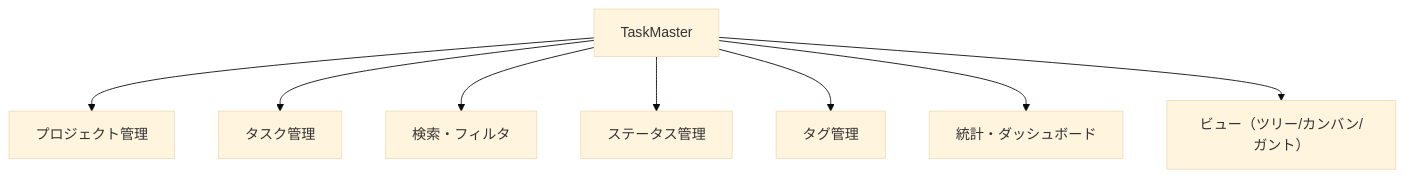
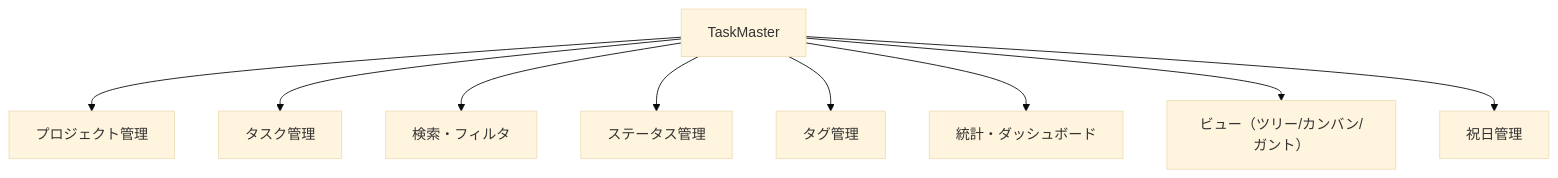
The first of 3 diagrams in docs/BASIC_DESIGN.md (ai-natsu/task-master), drawn with Mermaid (base theme) before and after one commit. The commit also changed other lines of this file, not shown here.

````diff
--- a/docs/BASIC_DESIGN.md
+++ b/docs/BASIC_DESIGN.md
@@ -90,10 +66,11 @@
 ```mermaid
 flowchart TD
   ROOT[TaskMaster] --> F1[プロジェクト管理]
   ROOT --> F2[タスク管理]
   ROOT --> F3[検索・フィルタ]
   ROOT --> F4[ステータス管理]
   ROOT --> F5[タグ管理]
   ROOT --> F6[統計・ダッシュボード]
   ROOT --> F7[ビュー（ツリー/カンバン/ガント）]
+  ROOT --> F8[祝日管理]
 ```
````
